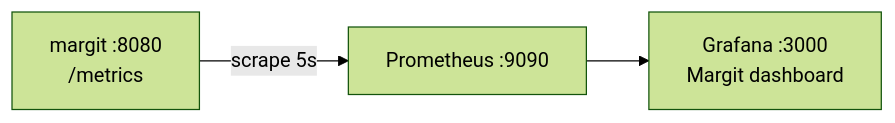
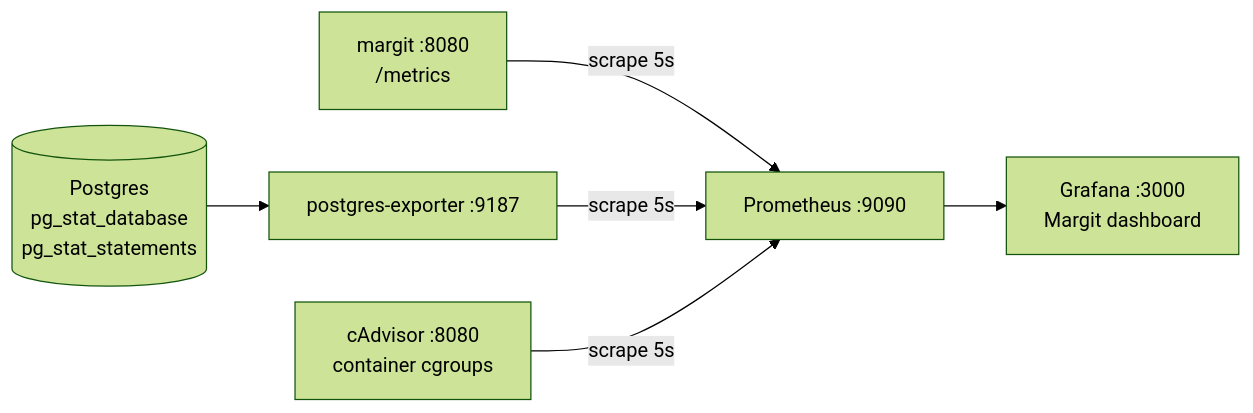
One commit to c4ptlevi/Margit changed the seventh of 7 diagrams in ARCHITECTURE.md. Above: the diagram before and after it, drawn with Mermaid (forest theme). The commit also changed other lines of this file and 1 other file, not shown here.

````diff
--- a/ARCHITECTURE.md
+++ b/ARCHITECTURE.md
@@ -281,5 +281,8 @@
 ```mermaid
 flowchart LR
     M[margit :8080<br/>/metrics] -->|scrape 5s| P[Prometheus :9090]
+    PG[(Postgres<br/>pg_stat_database<br/>pg_stat_statements)] --> X[postgres-exporter :9187]
+    X -->|scrape 5s| P
+    C[cAdvisor :8080<br/>container cgroups] -->|scrape 5s| P
     P --> G[Grafana :3000<br/>Margit dashboard]
 ```
````
